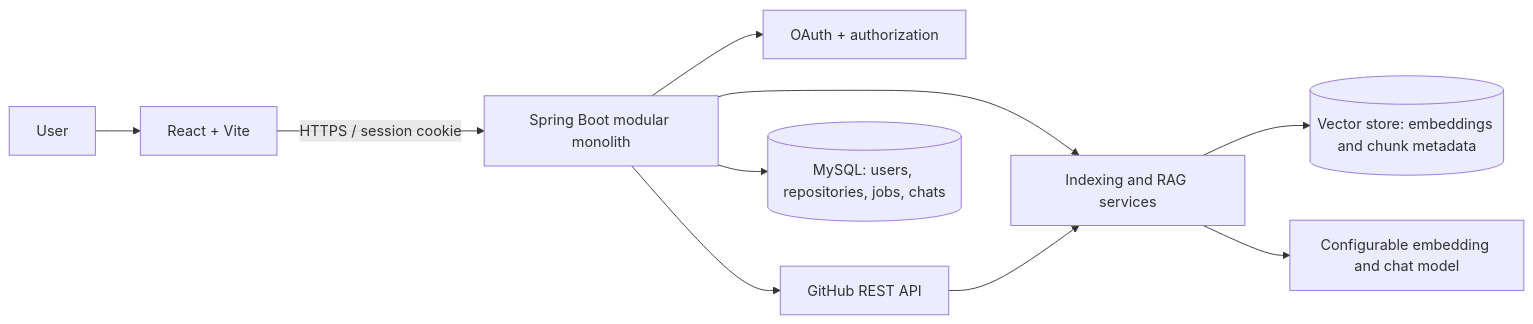
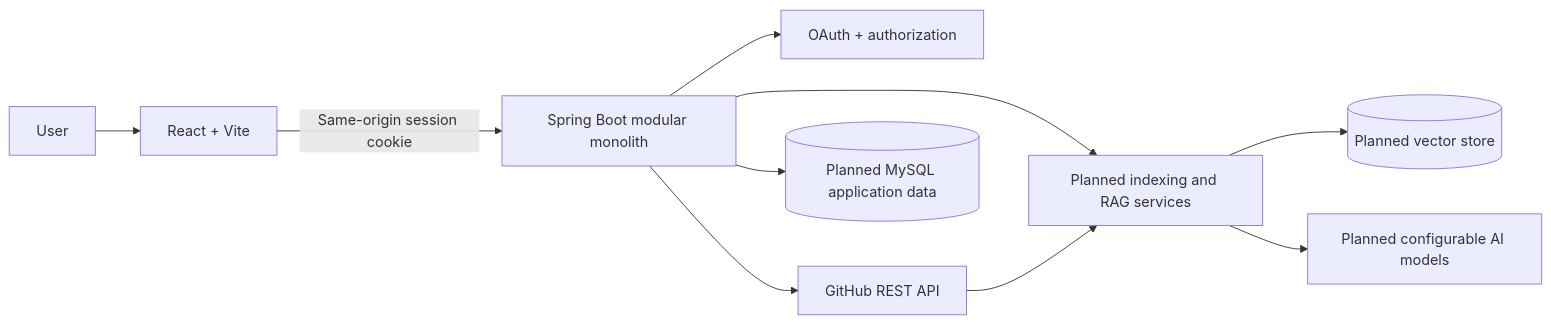
The first of 2 diagrams in README.md (AshishKrPandey1234/RepoMind), drawn with Mermaid before and after one commit. The commit also changed other lines of this file and 24 other files, not shown here.

````diff
--- a/README.md
+++ b/README.md
@@ -23,12 +25,12 @@
 ```mermaid
 flowchart LR
   U[User] --> FE[React + Vite]
-  FE -->|HTTPS / session cookie| API[Spring Boot modular monolith]
+  FE -->|Same-origin session cookie| API[Spring Boot modular monolith]
   API --> AUTH[OAuth + authorization]
   API --> GH[GitHub REST API]
-  API --> IDX[Indexing and RAG services]
-  API --> DB[(MySQL: users, repositories, jobs, chats)]
-  IDX --> VS[(Vector store: embeddings and chunk metadata)]
-  IDX --> LLM[Configurable embedding and chat model]
+  API --> IDX[Planned indexing and RAG services]
+  API --> DB[(Planned MySQL application data)]
+  IDX --> VS[(Planned vector store)]
+  IDX --> LLM[Planned configurable AI models]
   GH --> IDX
 ```
````
